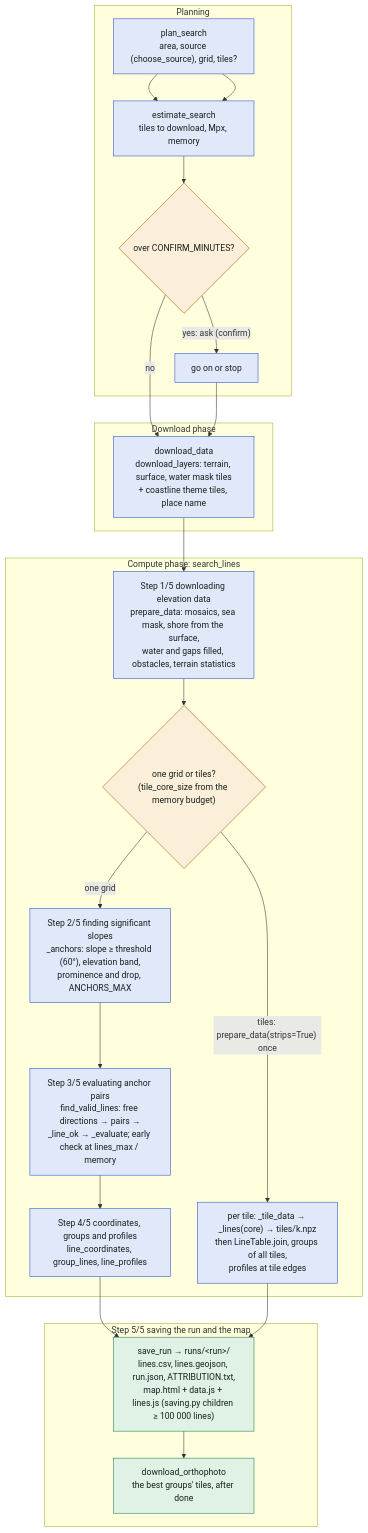
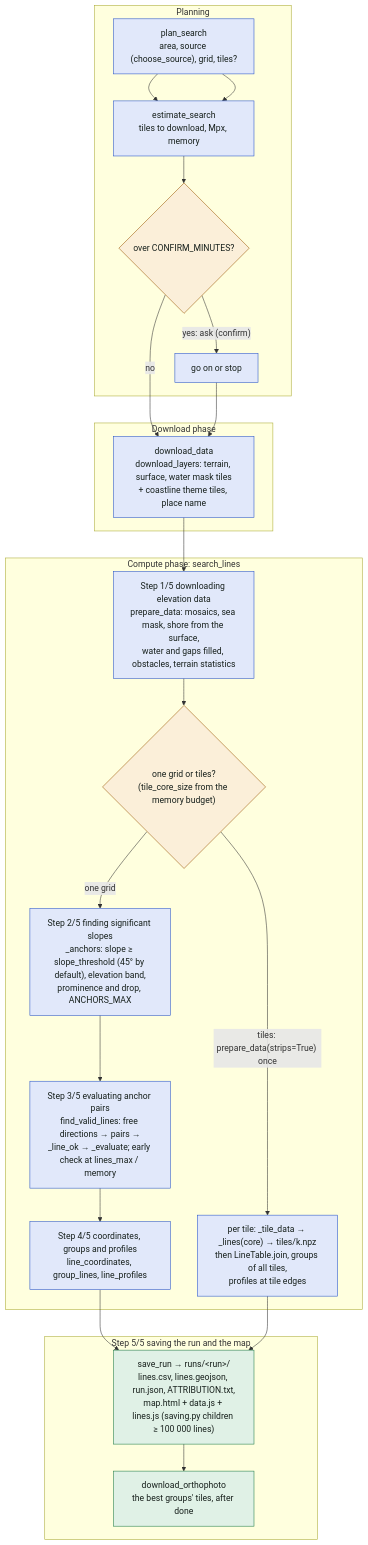
Before and after one commit to reastdignity/Find-a-Line-WebUI: the second of 4 diagrams in docs/architecture/prototypes/a-mermaid.md, drawn with Mermaid. The commit also changed 14 other files, not shown here.

First line of the commit message:
Architecture diagrams, phase 2: the levels from the context to the decisions and the side parts

````diff
--- a/docs/architecture/prototypes/a-mermaid.md
+++ b/docs/architecture/prototypes/a-mermaid.md
@@ -31,37 +31,37 @@
 ```mermaid
 flowchart TD
     subgraph plan["Planning"]
         P1["plan_search<br/>area, source (choose_source), grid, tiles?"] --> P2["estimate_search<br/>tiles to download, Mpx, memory"]
         P2 --> Q{"over CONFIRM_MINUTES?"}
         Q -- "yes: ask (confirm)" --> P3["go on or stop"]
     end
     subgraph download["Download phase"]
         D1["download_data<br/>download_layers: terrain, surface, water mask tiles<br/>+ coastline theme tiles, place name"]
     end
     subgraph compute["Compute phase: search_lines"]
         S1["Step 1/5 downloading elevation data<br/>prepare_data: mosaics, sea mask, shore from the surface,<br/>water and gaps filled, obstacles, terrain statistics"]
         T{"one grid or tiles?<br/>(tile_core_size from the memory budget)"}
-        S2["Step 2/5 finding significant slopes<br/>_anchors: slope ≥ threshold (60°), elevation band,<br/>prominence and drop, ANCHORS_MAX"]
+        S2["Step 2/5 finding significant slopes<br/>_anchors: slope ≥ slope_threshold (45° by default), elevation band,<br/>prominence and drop, ANCHORS_MAX"]
         S3["Step 3/5 evaluating anchor pairs<br/>find_valid_lines: free directions → pairs →<br/>_line_ok → _evaluate; early check at lines_max / memory"]
         S4["Step 4/5 coordinates, groups and profiles<br/>line_coordinates, group_lines, line_profiles"]
         TL["per tile: _tile_data → _lines(core) → tiles/k.npz<br/>then LineTable.join, groups of all tiles,<br/>profiles at tile edges"]
     end
     subgraph save["Step 5/5 saving the run and the map"]
         S5["save_run → runs/&lt;run&gt;/<br/>lines.csv, lines.geojson, run.json, ATTRIBUTION.txt,<br/>map.html + data.js + lines.js (saving.py children ≥ 100 000 lines)"]
         O["download_orthophoto<br/>the best groups' tiles, after done"]
     end
     P1 --> P2
     Q -- no --> D1
     P3 --> D1
     D1 --> S1
     S1 --> T
     T -- "one grid" --> S2 --> S3 --> S4 --> S5
     T -- "tiles: prepare_data(strips=True) once" --> TL --> S5
     S5 --> O
     classDef step fill:#e1e8fa,stroke:#2350c8,color:#17201c
     classDef q fill:#fbefd9,stroke:#995500,color:#17201c
     classDef file fill:#e0f1e6,stroke:#1d7a47,color:#17201c
     class P1,P2,P3,D1,S1,S2,S3,S4,TL step
     class Q,T q
     class S5,O file
 ```
````
